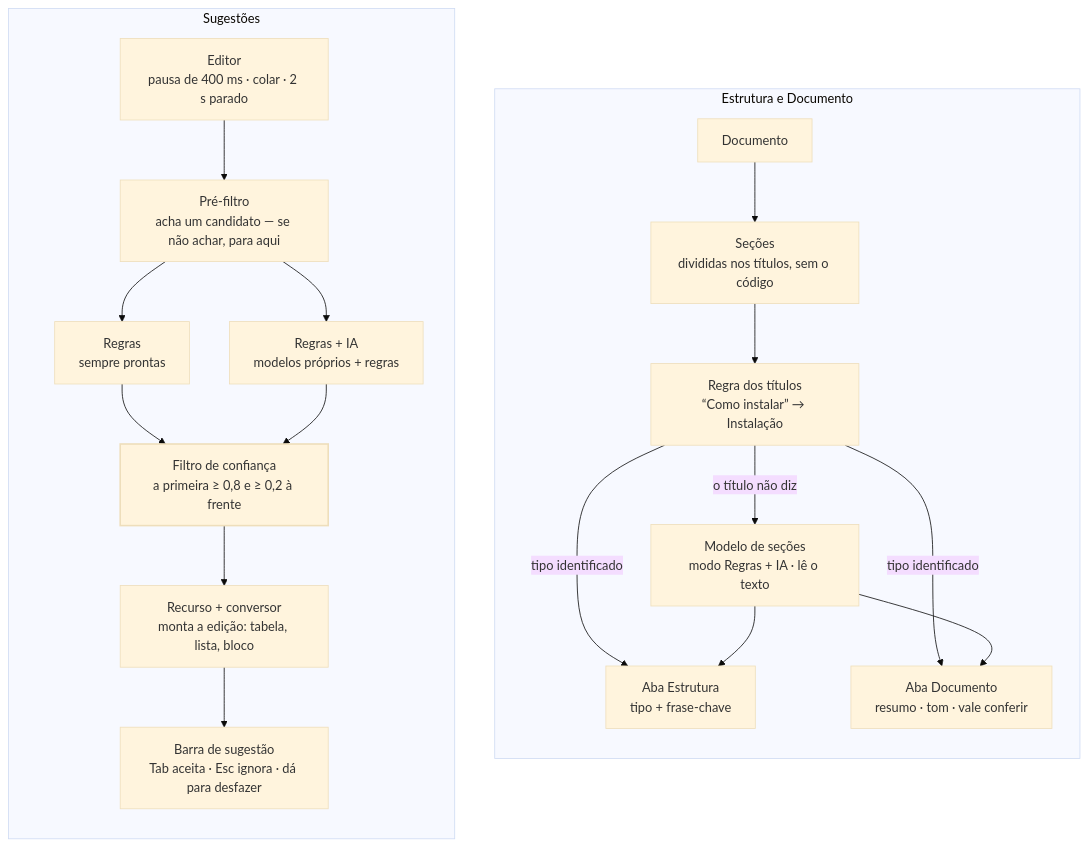
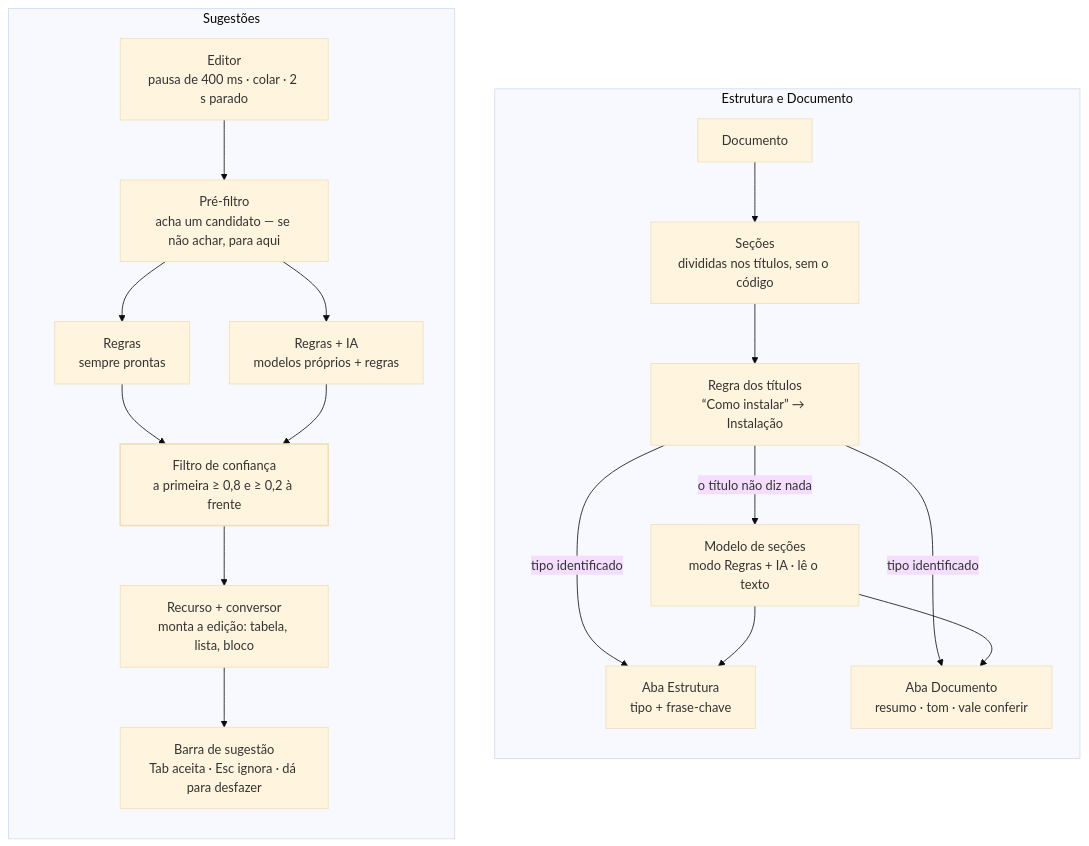
Before and after one commit to PabloFLPs/Marksage: the diagram in docs/SMART-ASSIST.pt-BR.md, drawn with Mermaid (base theme). The commit also changed other lines of this file and 6 other files, not shown here.

````diff
--- a/docs/SMART-ASSIST.pt-BR.md
+++ b/docs/SMART-ASSIST.pt-BR.md
@@ -129,26 +129,26 @@
 ```mermaid
 flowchart LR
   subgraph S ["Sugestões"]
     direction TB
     E["Editor<br/>pausa de 400 ms · colar · 2 s parado"] --> P["Pré-filtro<br/>acha um candidato — se não achar, para aqui"]
     P --> H["Regras<br/>sempre prontas"]
     P --> M["Regras + IA<br/>modelos próprios + regras"]
     H --> G["Filtro de confiança<br/>a primeira ≥ 0,8 e ≥ 0,2 à frente"]
     M --> G
     G --> F["Recurso + conversor<br/>monta a edição: tabela, lista, bloco"]
     F --> B["Barra de sugestão<br/>Tab aceita · Esc ignora · dá para desfazer"]
   end
   subgraph O ["Estrutura e Documento"]
     direction TB
     D["Documento"] --> X["Seções<br/>divididas nos títulos, sem o código"]
     X --> R["Regra dos títulos<br/>“Como instalar” → Instalação"]
-    R -- "o título não diz" --> SM["Modelo de seções<br/>modo Regras + IA · lê o texto"]
+    R -- "o título não diz nada" --> SM["Modelo de seções<br/>modo Regras + IA · lê o texto"]
     R -- "tipo identificado" --> T1["Aba Estrutura<br/>tipo + frase-chave"]
     R -- "tipo identificado" --> T2["Aba Documento<br/>resumo · tom · vale conferir"]
     SM --> T1
     SM --> T2
   end
   S ~~~ O
   classDef gate stroke-width:2px
   class G gate
 ```
````
